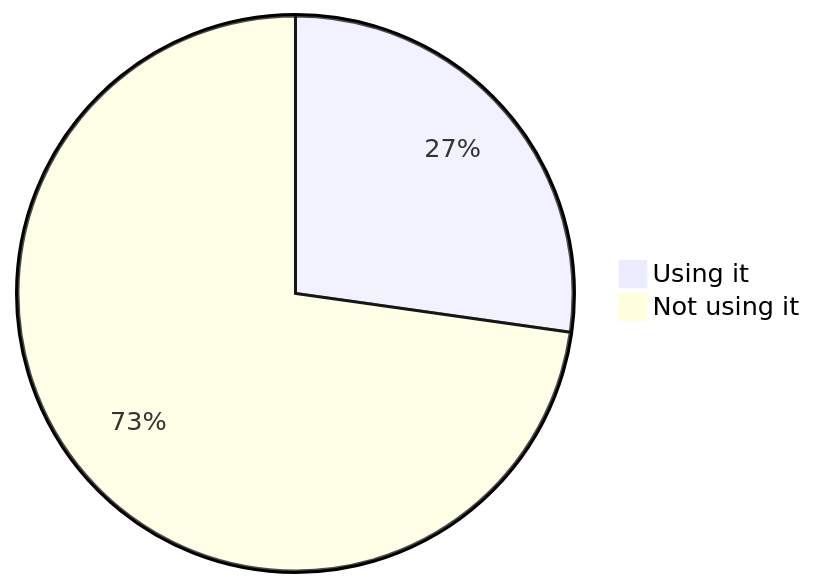
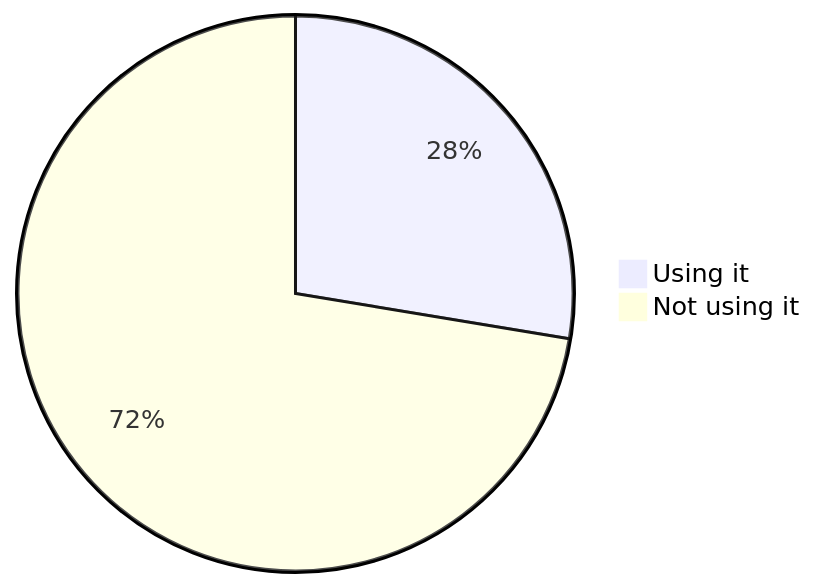
Diagram 14 of 22 in stats.md (oshp/oshp-stats), drawn with Mermaid before and after one commit. The commit also changed other lines of this file, not shown here.

````diff
--- a/stats.md
+++ b/stats.md
@@ -166,6 +166,6 @@
 ```mermaid
 pie
-	"Using it" : 27.23
-	"Not using it" : 72.77
+	"Using it" : 27.61
+	"Not using it" : 72.39
 
 ```
````
